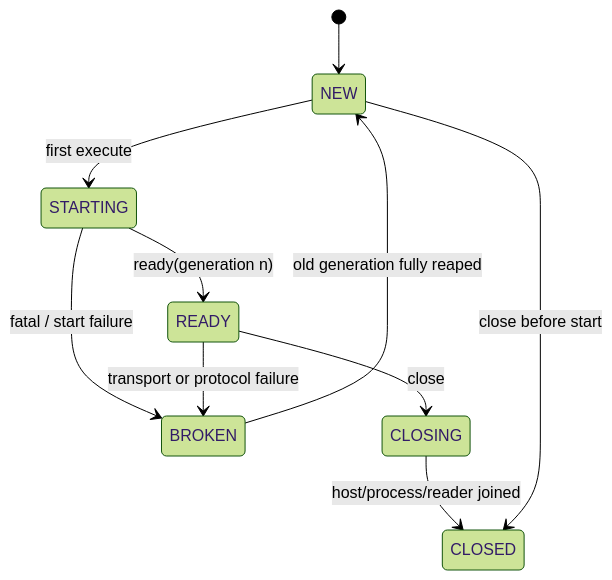
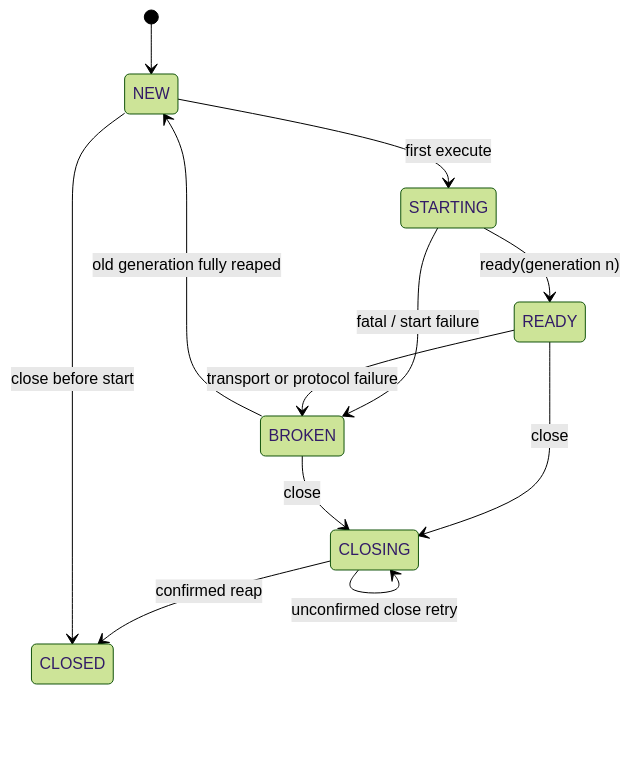
The first of 2 diagrams in docs/design/persistent_com_client_bridge.md (Kaomsos/onenote-com-mcp), drawn with Mermaid (forest theme) before and after one commit. The commit also changed other lines of this file and 45 other files, not shown here.

````diff
--- a/docs/design/persistent_com_client_bridge.md
+++ b/docs/design/persistent_com_client_bridge.md
@@ -30,12 +30,14 @@
 ```mermaid
 stateDiagram-v2
     [*] --> NEW
     NEW --> STARTING: first execute
     STARTING --> READY: ready(generation n)
     STARTING --> BROKEN: fatal / start failure
     READY --> BROKEN: transport or protocol failure
     BROKEN --> NEW: old generation fully reaped
     READY --> CLOSING: close
-    CLOSING --> CLOSED: host/process/reader joined
+    BROKEN --> CLOSING: close
+    CLOSING --> CLOSED: confirmed reap
+    CLOSING --> CLOSING: unconfirmed close retry
     NEW --> CLOSED: close before start
 ```
````
